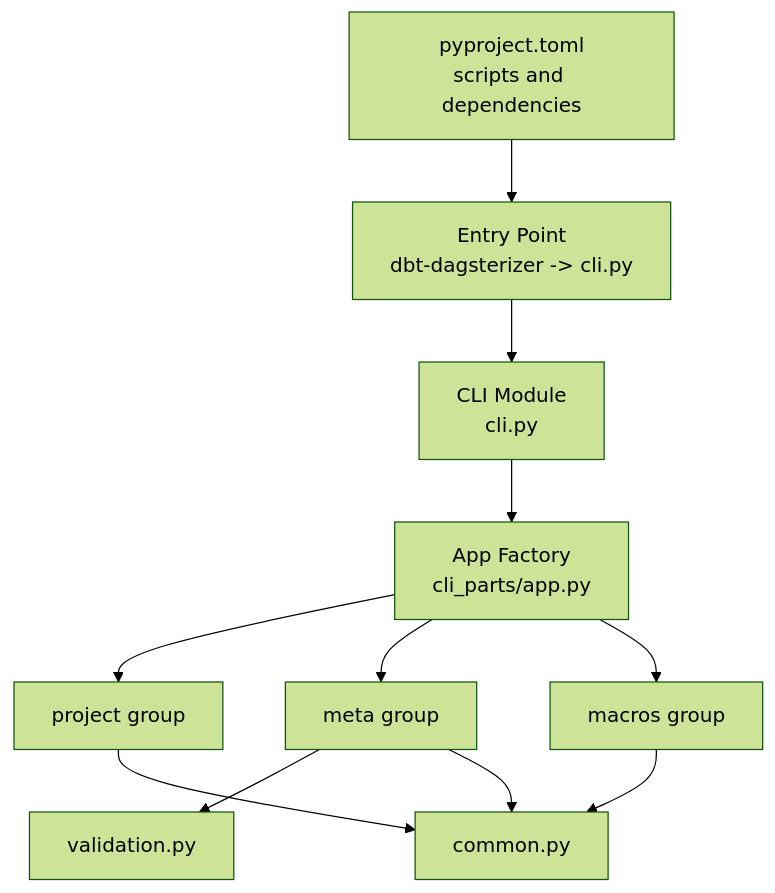
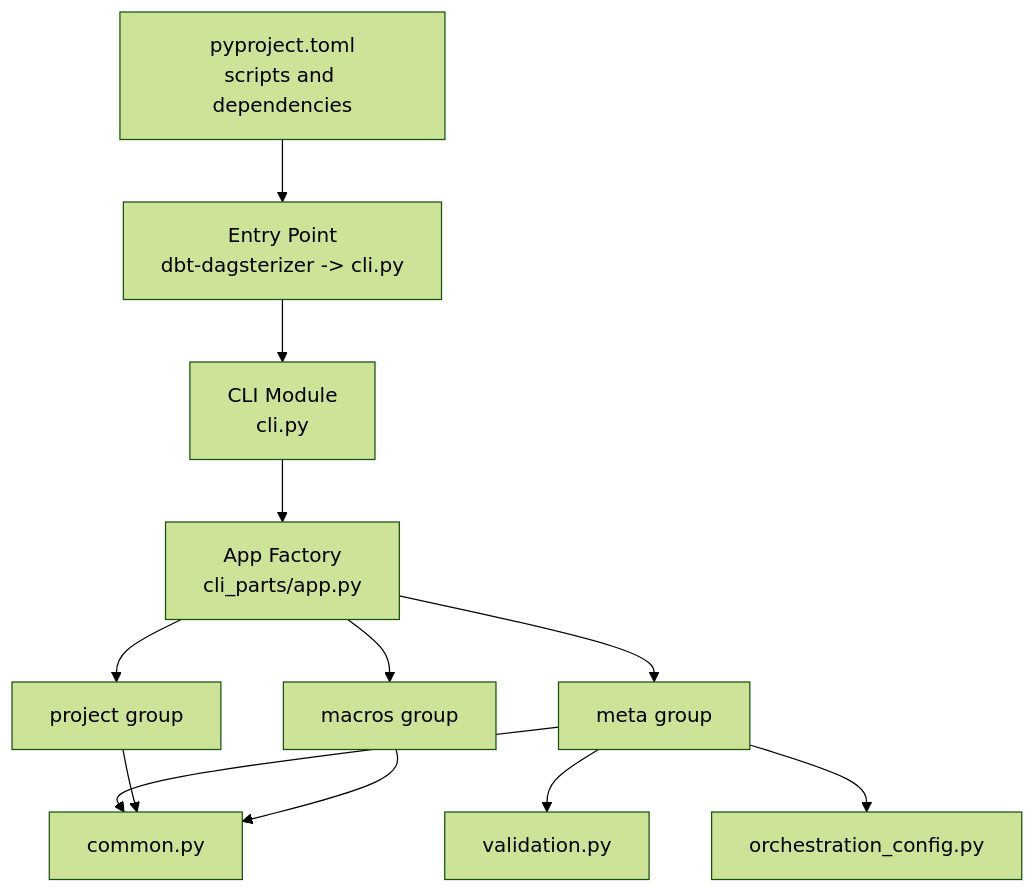
One commit to metasync/dbt-dagsterizer changed the third of 3 diagrams in .qoder/repowiki/en/content/CLI Reference/CLI Reference.md. Above: the diagram before and after it, drawn with Mermaid (forest theme). The commit also changed other lines of this file and 3 other files, not shown here.

````diff
--- a/.qoder/repowiki/en/content/CLI Reference/CLI Reference.md
+++ b/.qoder/repowiki/en/content/CLI Reference/CLI Reference.md
@@ -390,13 +442,14 @@
 ```mermaid
 graph TB
 P["pyproject.toml<br/>scripts and dependencies"] --> EP["Entry Point<br/>dbt-dagsterizer -> cli.py"]
 EP --> CLIMOD["CLI Module<br/>cli.py"]
 CLIMOD --> APP["App Factory<br/>cli_parts/app.py"]
 APP --> PG["project group"]
 APP --> MG["meta group"]
 APP --> MC["macros group"]
 MG --> VAL["validation.py"]
 MG --> CMN["common.py"]
+MG --> ORCH["orchestration_config.py"]
 PG --> CMN
 MC --> CMN
 ```
````
